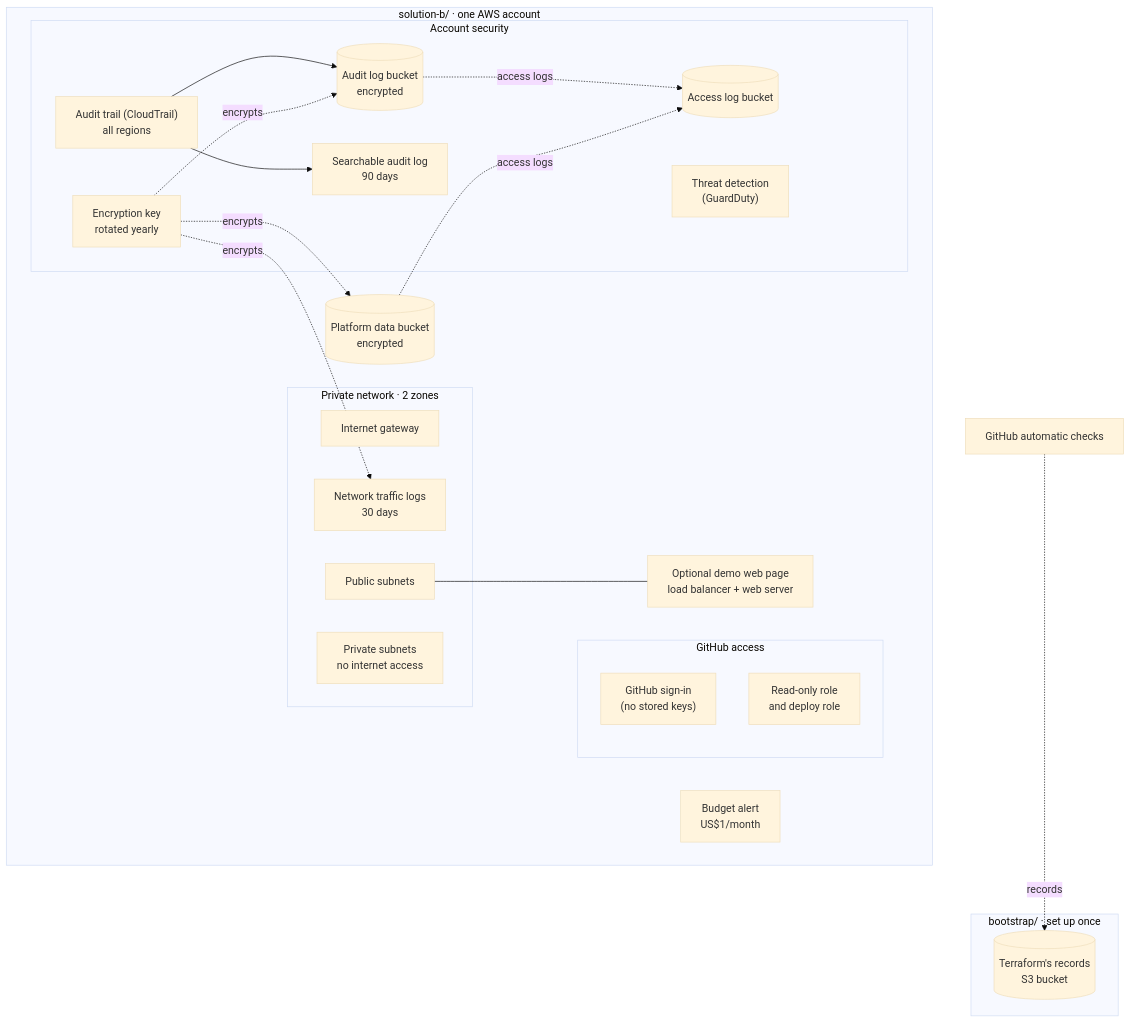
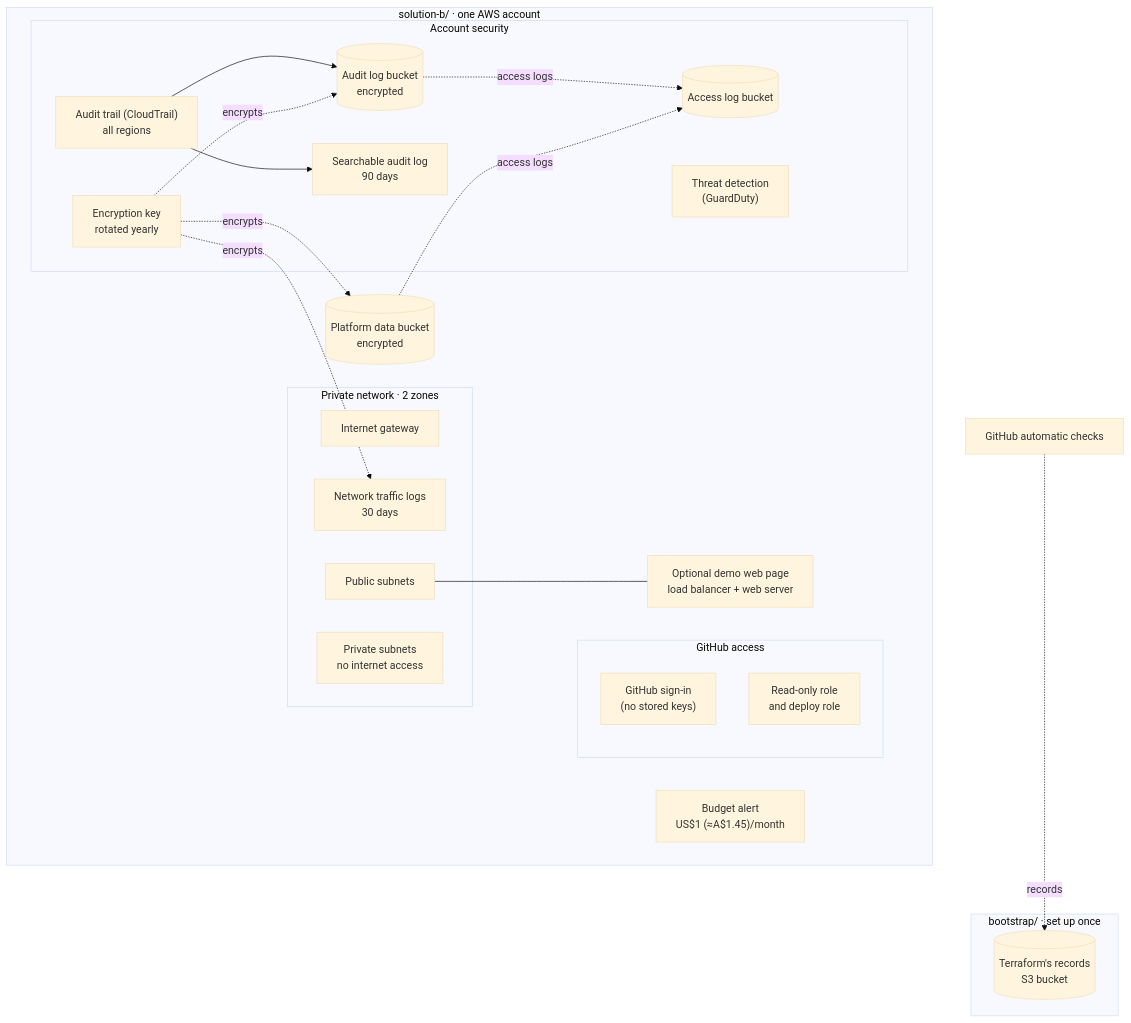
The diagram in infrastructure/solution-b/README.md (G-0Z/IFB398---Cobble-AWS---T235), drawn with Mermaid (base theme) before and after one commit. The commit also changed other lines of this file and 21 other files, not shown here.

````diff
--- a/infrastructure/solution-b/README.md
+++ b/infrastructure/solution-b/README.md
@@ -19,47 +19,47 @@
 ```mermaid
 flowchart TB
     subgraph L0["bootstrap/ · set up once"]
         S3STATE[("Terraform's records<br/>S3 bucket")]
     end
 
     subgraph L1["solution-b/ · one AWS account"]
         subgraph SECURITY["Account security"]
             KMS["Encryption key<br/>rotated yearly"]
             TRAIL["Audit trail (CloudTrail)<br/>all regions"]
             TRAILBUCKET[("Audit log bucket<br/>encrypted")]
             TRAILLOGS["Searchable audit log<br/>90 days"]
             ACCESSBUCKET[("Access log bucket")]
             GUARDDUTY["Threat detection<br/>(GuardDuty)"]
         end
 
         subgraph IDENTITY["GitHub access"]
             OIDCPROVIDER["GitHub sign-in<br/>(no stored keys)"]
             DEPLOYROLE["Read-only role<br/>and deploy role"]
         end
 
-        BUDGET["Budget alert<br/>US$1/month"]
+        BUDGET["Budget alert<br/>US$1 (≈A$1.45)/month"]
 
         subgraph NETWORK["Private network · 2 zones"]
             IGW["Internet gateway"]
             PUBSUB["Public subnets"]
             PRIVSUB["Private subnets<br/>no internet access"]
             FLOWLOGS["Network traffic logs<br/>30 days"]
         end
 
         DATABUCKET[("Platform data bucket<br/>encrypted")]
 
         DEMO["Optional demo web page<br/>load balancer + web server"]
     end
 
     GH["GitHub automatic checks"]
 
     GH -. records .-> S3STATE
     TRAIL --> TRAILBUCKET
     TRAIL --> TRAILLOGS
     KMS -. encrypts .-> TRAILBUCKET
     KMS -. encrypts .-> DATABUCKET
     KMS -. encrypts .-> FLOWLOGS
     TRAILBUCKET -. access logs .-> ACCESSBUCKET
     DATABUCKET -. access logs .-> ACCESSBUCKET
     PUBSUB --- DEMO
 ```
````
